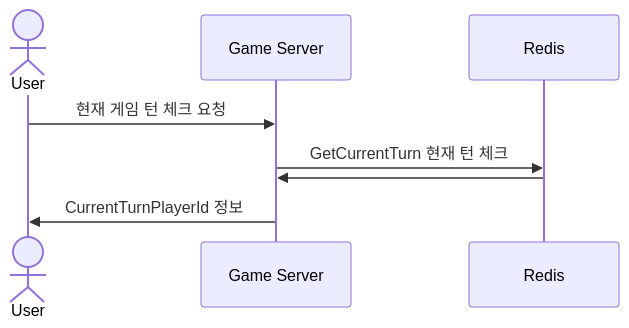
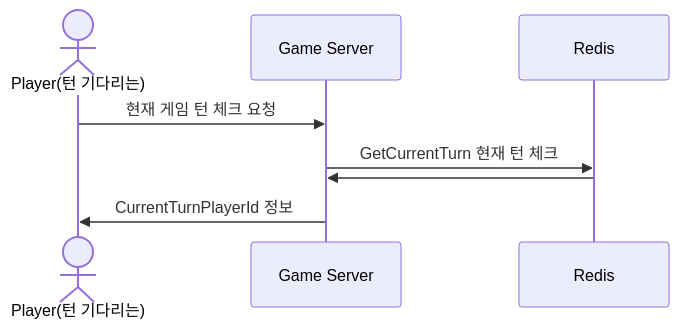
One commit to yujinS0/Omok-Game changed the second of 4 diagrams in SequenceDiagram/OmokGamePlay.md. Above: the diagram before and after it, drawn with Mermaid. The commit also changed other lines of this file, not shown here.

````diff
--- a/SequenceDiagram/OmokGamePlay.md
+++ b/SequenceDiagram/OmokGamePlay.md
@@ -40,12 +40,12 @@
 ```mermaid
 sequenceDiagram
-	actor User
+	actor Player(턴 기다리는)
 	participant Game Server
   	participant Redis
 
-	User ->> Game Server : 현재 게임 턴 체크 요청
+	Player(턴 기다리는) ->> Game Server : 현재 게임 턴 체크 요청
 	Game Server ->> Redis : GetCurrentTurn 현재 턴 체크
   	Redis ->> Game Server : 
-  	Game Server ->> User : CurrentTurnPlayerId 정보
+  	Game Server ->> Player(턴 기다리는) : CurrentTurnPlayerId 정보
 
 ```
````
